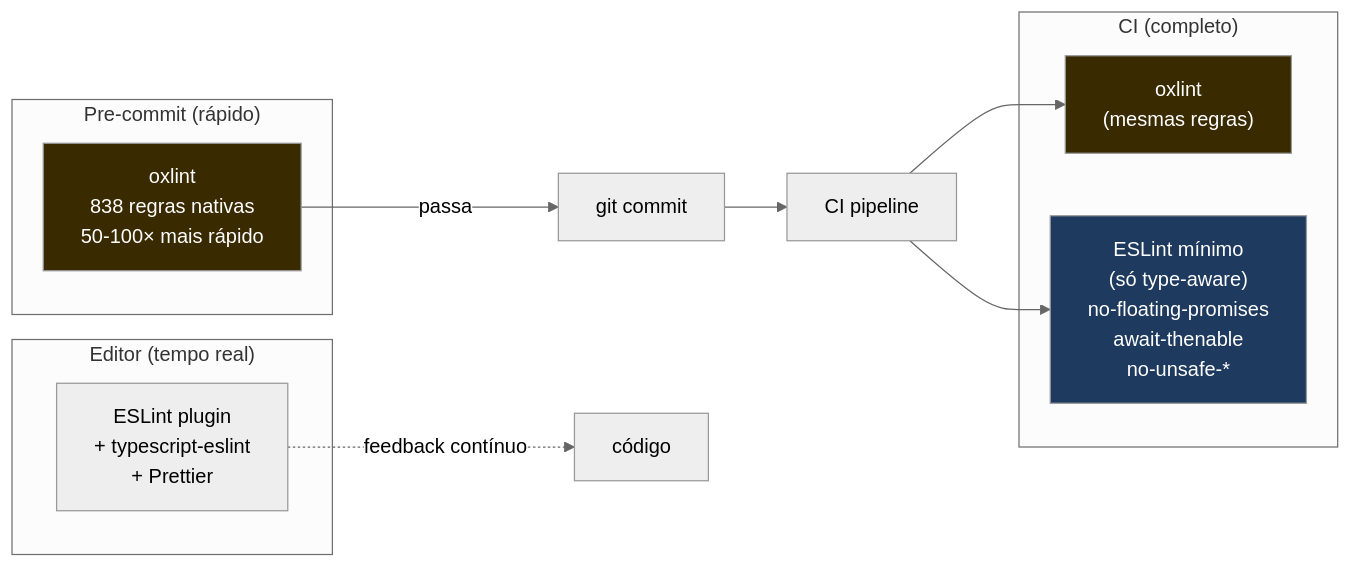
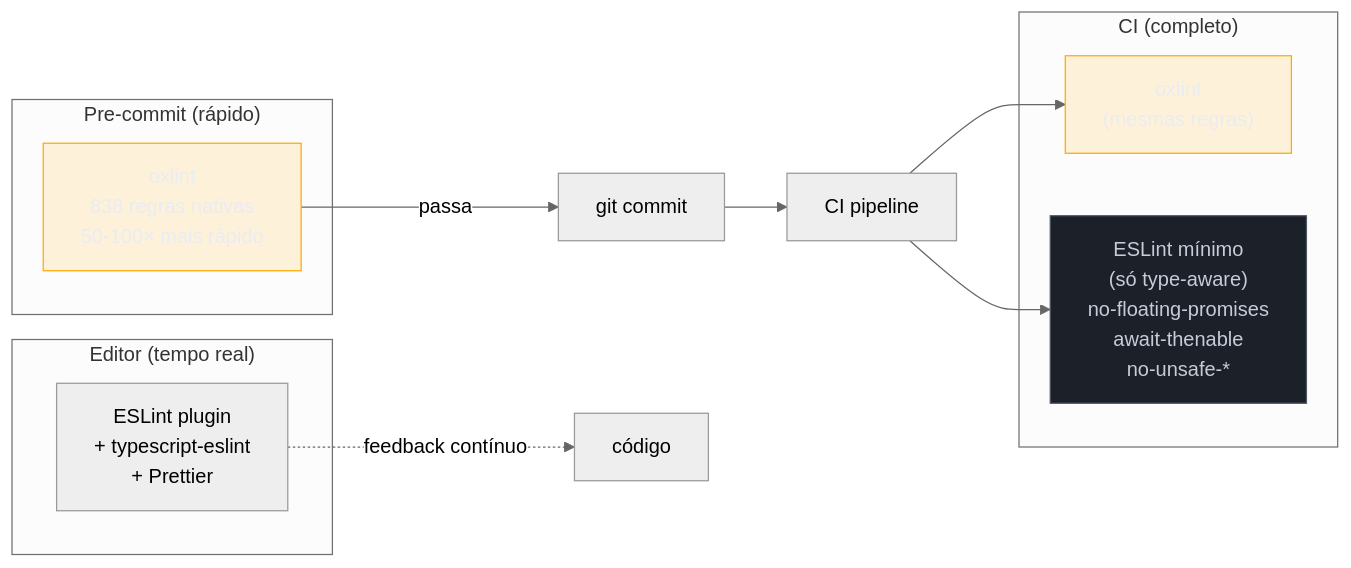
Before and after one commit to josenaldo/codex-technomanticus: the seventh of 8 diagrams in 03-Dominios/Tecnologia/Tooling e Build/16 - Linting, formatting e git hooks.md, drawn with Mermaid (neutral theme). The commit also changed other lines of this file and 1181 other files, not shown here.

First line of the commit message:
fix(diagramas): paleta do sistema no lugar de cor cravada no markdown

````diff
--- a/03-Dominios/Tecnologia/Tooling e Build/16 - Linting, formatting e git hooks.md
+++ b/03-Dominios/Tecnologia/Tooling e Build/16 - Linting, formatting e git hooks.md
@@ -914,22 +919,24 @@
 ```mermaid
 flowchart LR
+    classDef destaque fill:#FFAA0024,stroke:#FFAA00,color:#E9ECF2
+    classDef neutro fill:#1B2029,stroke:#4E5666,color:#C6CCD8
     subgraph "Pre-commit (rápido)"
         OX["oxlint\n838 regras nativas\n50-100× mais rápido"]
     end
     subgraph "CI (completo)"
         OX2["oxlint\n(mesmas regras)"]
         ESL["ESLint mínimo\n(só type-aware)\nno-floating-promises\nawait-thenable\nno-unsafe-*"]
     end
     subgraph "Editor (tempo real)"
         IDE["ESLint plugin\n+ typescript-eslint\n+ Prettier"]
     end
 
     OX --> |"passa"| COMMIT["git commit"]
     COMMIT --> CI["CI pipeline"]
     CI --> OX2 & ESL
     IDE -.->|"feedback contínuo"| SRC["código"]
 
-    style OX fill:#3a2a00,color:#fff
-    style OX2 fill:#3a2a00,color:#fff
-    style ESL fill:#1e3a5f,color:#fff
+    class OX destaque
+    class OX2 destaque
+    class ESL neutro
 ```
````
